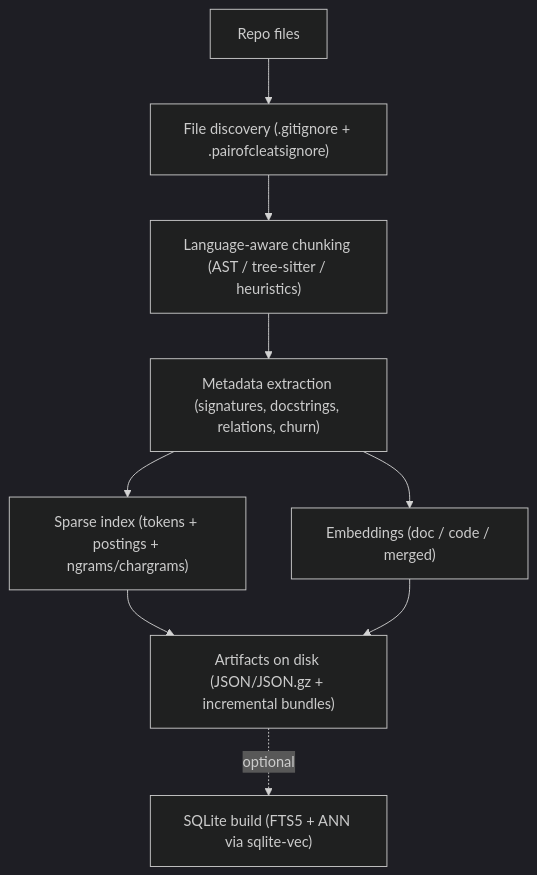
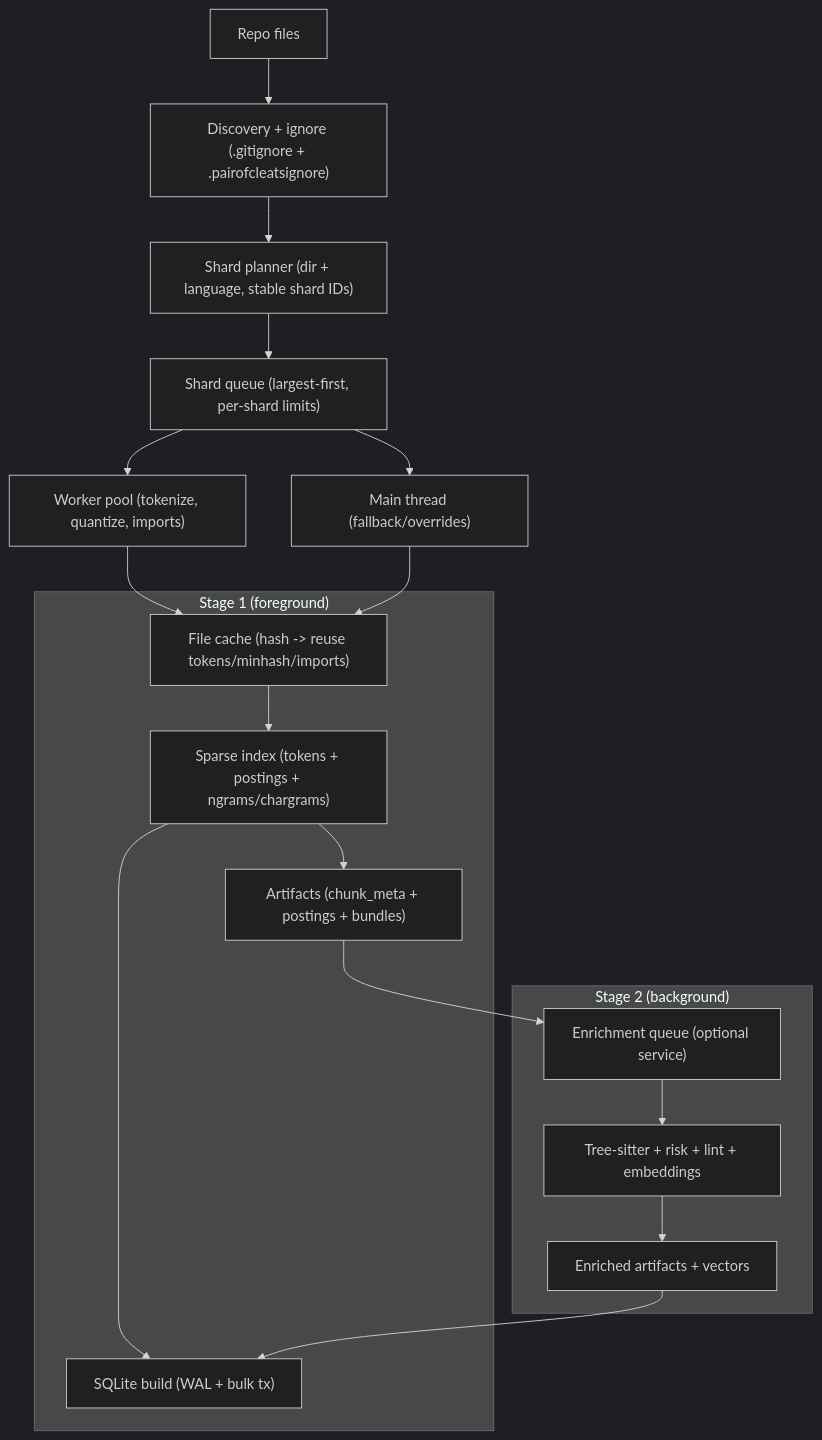
The first of 2 diagrams in README.md (doublemover/PairOfCleats), drawn with Mermaid (dark theme) before and after one commit. The commit also changed other lines of this file, not shown here.

````diff
--- a/README.md
+++ b/README.md
@@ -270,11 +270,23 @@
 ```mermaid
 flowchart TB
-  A["Repo files"] --> B["File discovery (.gitignore + .pairofcleatsignore)"]
-  B --> C["Language-aware chunking (AST / tree-sitter / heuristics)"]
-  C --> D["Metadata extraction (signatures, docstrings, relations, churn)"]
-  D --> E["Sparse index (tokens + postings + ngrams/chargrams)"]
-  D --> F["Embeddings (doc / code / merged)"]
-  E --> G["Artifacts on disk (JSON/JSON.gz + incremental bundles)"]
-  F --> G
-  G -.->|optional| H["SQLite build (FTS5 + ANN via sqlite-vec)"]
+  A["Repo files"] --> B["Discovery + ignore (.gitignore + .pairofcleatsignore)"]
+  B --> C["Shard planner (dir + language, stable shard IDs)"]
+  C --> D["Shard queue (largest-first, per-shard limits)"]
+  D --> W["Worker pool (tokenize, quantize, imports)"]
+  D --> M["Main thread (fallback/overrides)"]
+  W --> E["File cache (hash -> reuse tokens/minhash/imports)"]
+  M --> E
+
+  subgraph S1["Stage 1 (foreground)"]
+    E --> F["Sparse index (tokens + postings + ngrams/chargrams)"]
+    F --> G["Artifacts (chunk_meta + postings + bundles)"]
+    F --> H["SQLite build (WAL + bulk tx)"]
+  end
+
+  subgraph S2["Stage 2 (background)"]
+    G --> Q["Enrichment queue (optional service)"]
+    Q --> J["Tree-sitter + risk + lint + embeddings"]
+    J --> K["Enriched artifacts + vectors"]
+    K --> H
+  end
 ```
````
